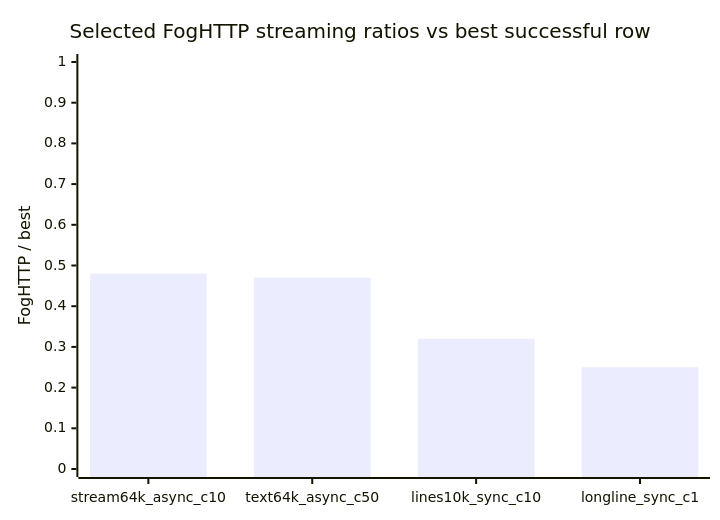
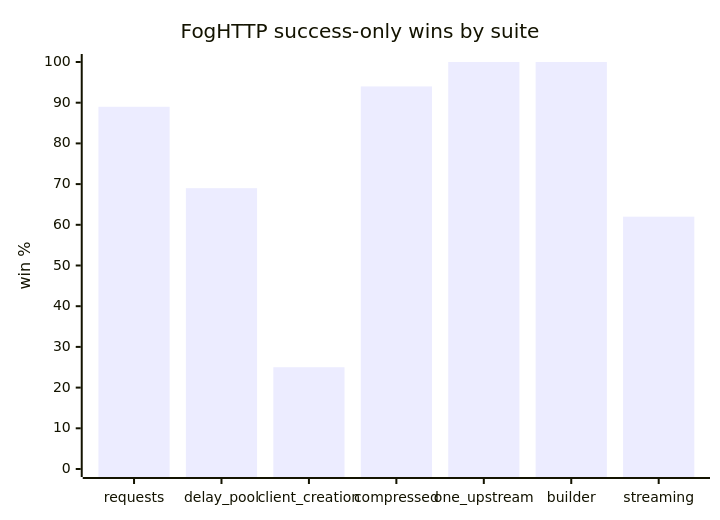
One commit to AmberFog/foghttp changed the second of 2 diagrams in docs/benchmarks.md. Above: the diagram before and after it, drawn with Mermaid. The commit also changed other lines of this file, not shown here.

````diff
--- a/docs/benchmarks.md
+++ b/docs/benchmarks.md
@@ -81,7 +92,7 @@
 ```mermaid
 xychart-beta
-    title "Selected FogHTTP streaming ratios vs best successful row"
-    x-axis [stream64k_async_c10, text64k_async_c50, lines10k_sync_c10, longline_sync_c1]
-    y-axis "FogHTTP / best" 0 --> 1
-    bar [0.48, 0.47, 0.32, 0.25]
+    title "FogHTTP success-only wins by suite"
+    x-axis [requests, delay_pool, client_creation, compressed, one_upstream, builder, streaming]
+    y-axis "win %" 0 --> 100
+    bar [89, 69, 25, 94, 100, 100, 62]
 ```
````
